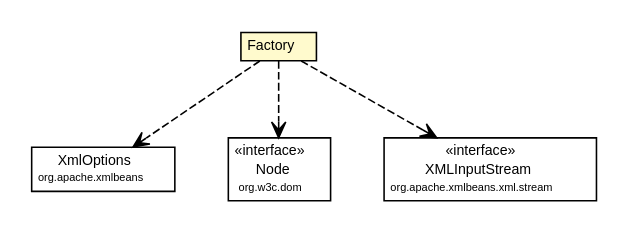
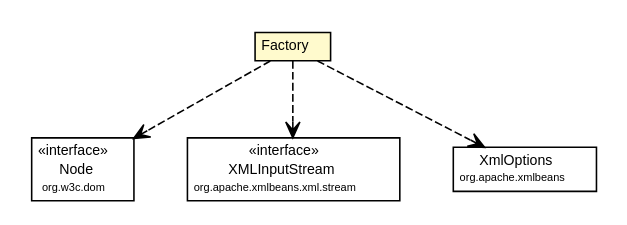
The diagram in site/apidocs/org/synchronoss/cpo/util/cpoUtilConfig/CtProtectedClasses.Factory.dot (synchronoss/cpo-api), drawn with Graphviz before and after one commit. The commit also changed 882 other files, not shown here.

```diff
--- a/site/apidocs/org/synchronoss/cpo/util/cpoUtilConfig/CtProtectedClasses.Factory.dot
+++ b/site/apidocs/org/synchronoss/cpo/util/cpoUtilConfig/CtProtectedClasses.Factory.dot
@@ -1,45 +1,45 @@
 #!/usr/local/bin/dot
 #
 # Class diagram 
 # Generated by UmlGraph version 4.6 (http://www.spinellis.gr/sw/umlgraph)
 #
 
 digraph G {
 	edge [fontname="Helvetica",fontsize=10,labelfontname="Helvetica",labelfontsize=10];
 	node [fontname="Helvetica",fontsize=10,shape=plaintext];
 	// org.synchronoss.cpo.util.cpoUtilConfig.CtProtectedClasses.Factory
 	c32013 [label=<<table border="0" cellborder="1" cellspacing="0" cellpadding="2" port="p" bgcolor="lemonChiffon" href="./CtProtectedClasses.Factory.html">
 		<tr><td><table border="0" cellspacing="0" cellpadding="1">
 			<tr><td> Factory </td></tr>
 		</table></td></tr>
 		</table>>, fontname="Helvetica", fontcolor="black", fontsize=9.0];
+	// org.synchronoss.cpo.util.cpoUtilConfig.CtProtectedClasses.Factory DEPEND org.w3c.dom.Node
+	c32013:p -> c32116:p [taillabel="", label="", headlabel="", fontname="Helvetica", fontcolor="black", fontsize=10.0, color="black", arrowhead=open, style=dashed];
+	// org.synchronoss.cpo.util.cpoUtilConfig.CtProtectedClasses.Factory DEPEND org.apache.xmlbeans.xml.stream.XMLInputStream
+	c32013:p -> c32117:p [taillabel="", label="", headlabel="", fontname="Helvetica", fontcolor="black", fontsize=10.0, color="black", arrowhead=open, style=dashed];
 	// org.synchronoss.cpo.util.cpoUtilConfig.CtProtectedClasses.Factory DEPEND org.apache.xmlbeans.XmlOptions
-	c32013:p -> c32116:p [taillabel="", label="", headlabel="", fontname="Helvetica", fontcolor="black", fontsize=10.0, color="black", arrowhead=open, style=dashed];
-	// org.synchronoss.cpo.util.cpoUtilConfig.CtProtectedClasses.Factory DEPEND org.w3c.dom.Node
-	c32013:p -> c32117:p [taillabel="", label="", headlabel="", fontname="Helvetica", fontcolor="black", fontsize=10.0, color="black", arrowhead=open, style=dashed];
-	// org.synchronoss.cpo.util.cpoUtilConfig.CtProtectedClasses.Factory DEPEND org.apache.xmlbeans.xml.stream.XMLInputStream
 	c32013:p -> c32118:p [taillabel="", label="", headlabel="", fontname="Helvetica", fontcolor="black", fontsize=10.0, color="black", arrowhead=open, style=dashed];
 	// org.apache.xmlbeans.xml.stream.XMLInputStream
-	c32118 [label=<<table border="0" cellborder="1" cellspacing="0" cellpadding="2" port="p" href="http://java.sun.com/j2se/1.4.2/docs/api/org/apache/xmlbeans/xml/stream/XMLInputStream.html">
+	c32117 [label=<<table border="0" cellborder="1" cellspacing="0" cellpadding="2" port="p" href="http://java.sun.com/j2se/1.4.2/docs/api/org/apache/xmlbeans/xml/stream/XMLInputStream.html">
 		<tr><td><table border="0" cellspacing="0" cellpadding="1">
 			<tr><td> &laquo;interface&raquo; </td></tr>
 			<tr><td> XMLInputStream </td></tr>
 			<tr><td><font point-size="7.0"> org.apache.xmlbeans.xml.stream </font></td></tr>
 		</table></td></tr>
 		</table>>, fontname="Helvetica", fontcolor="black", fontsize=9.0];
 	// org.apache.xmlbeans.XmlOptions
-	c32116 [label=<<table border="0" cellborder="1" cellspacing="0" cellpadding="2" port="p" href="http://java.sun.com/j2se/1.4.2/docs/api/org/apache/xmlbeans/XmlOptions.html">
+	c32118 [label=<<table border="0" cellborder="1" cellspacing="0" cellpadding="2" port="p" href="http://java.sun.com/j2se/1.4.2/docs/api/org/apache/xmlbeans/XmlOptions.html">
 		<tr><td><table border="0" cellspacing="0" cellpadding="1">
 			<tr><td> XmlOptions </td></tr>
 			<tr><td><font point-size="7.0"> org.apache.xmlbeans </font></td></tr>
 		</table></td></tr>
 		</table>>, fontname="Helvetica", fontcolor="black", fontsize=9.0];
 	// org.w3c.dom.Node
-	c32117 [label=<<table border="0" cellborder="1" cellspacing="0" cellpadding="2" port="p" href="http://java.sun.com/j2se/1.4.2/docs/api/org/w3c/dom/Node.html">
+	c32116 [label=<<table border="0" cellborder="1" cellspacing="0" cellpadding="2" port="p" href="http://java.sun.com/j2se/1.4.2/docs/api/org/w3c/dom/Node.html">
 		<tr><td><table border="0" cellspacing="0" cellpadding="1">
 			<tr><td> &laquo;interface&raquo; </td></tr>
 			<tr><td> Node </td></tr>
 			<tr><td><font point-size="7.0"> org.w3c.dom </font></td></tr>
 		</table></td></tr>
 		</table>>, fontname="Helvetica", fontcolor="black", fontsize=9.0];
 }
```
